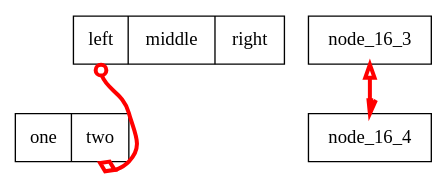
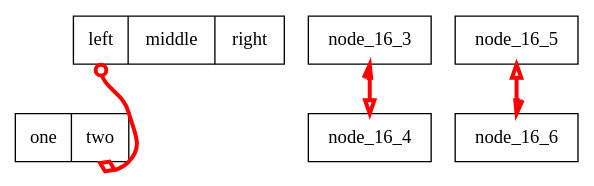
One commit to graphviz-perl/GraphViz2-Marpa changed the diagram in data/16.gv. Above: the diagram before and after it, drawn with Graphviz.

Commit message:
Move edge attributes now working sometimes

```diff
--- a/data/16.gv
+++ b/data/16.gv
@@ -1,44 +1,47 @@
 strict digraph graph_16
 {
 	node
 	[
 		shape = "record",
 	];
 
 	edge
 	[
 		color = "red"
 		penwidth = 3,
 	];
 
 	node_16_1
 	[
 		label = "<p11> left|<p12> middle|<p13> right"
 	]
 
 	node_16_2
 	[
 		label = "<p21> one|<p22> two"
 	]
 
 	node_16_1:p11 -> node_16_2:p22:s
 	[
 		arrowtail = "odot",
 		arrowhead = "odiamond";
 		dir       = both;
 	];
 
 	subgraph subgraph_16_1
 	{
-		node_16_3
+		node_16_3 -> { node_16_4 }
+		[
+			arrowtail = "halfopen"
+			arrowhead = "empty",
+			dir       = "both",
+		]
 
-		node_16_4;
-
-		node_16_3 -> node_16_4
+		node_16_5 -> { node_16_6 }
 		[
 			arrowtail = "empty"
 			arrowhead = "halfopen",
 			dir       = "both",
 		]
 	}
 }
```
